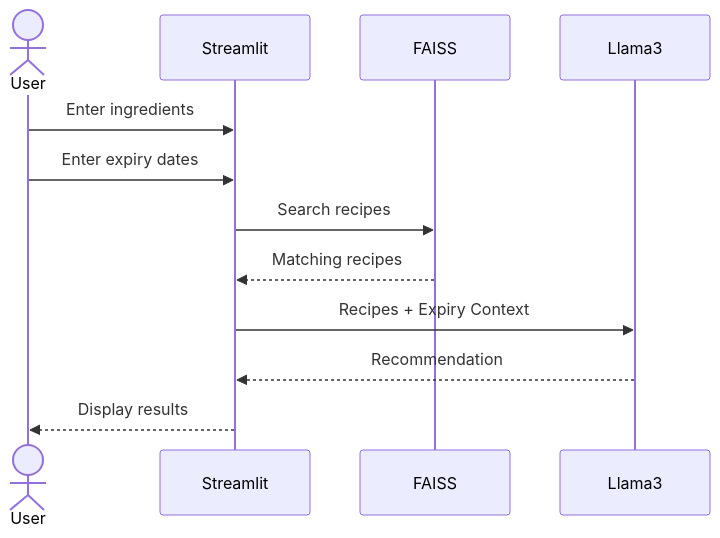
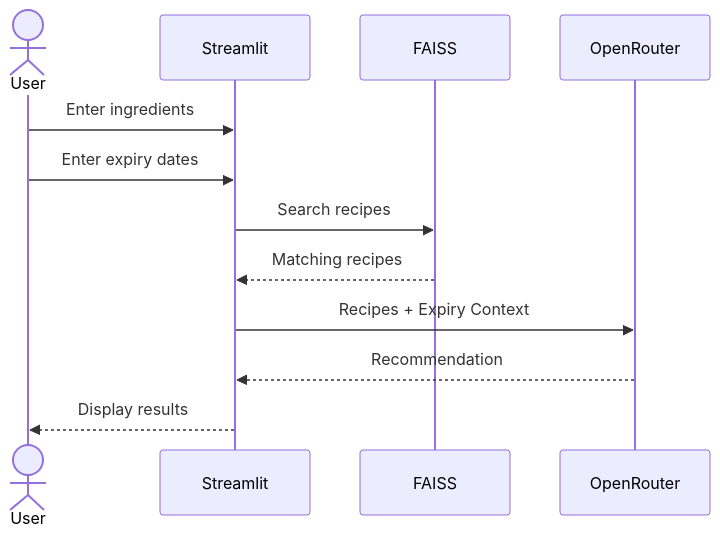
One commit to Manjot5698/PantryPilotAI changed the third of 3 diagrams in README.md. Above: the diagram before and after it, drawn with Mermaid. The commit also changed other lines of this file and 4 other files, not shown here.

````diff
--- a/README.md
+++ b/README.md
@@ -88,16 +88,16 @@
 ```mermaid
 sequenceDiagram
 
 actor User
 participant UI as Streamlit
 participant Retriever as FAISS
-participant LLM as Llama3
+participant LLM as OpenRouter
 
 User->>UI: Enter ingredients
 User->>UI: Enter expiry dates
 UI->>Retriever: Search recipes
 Retriever-->>UI: Matching recipes
 UI->>LLM: Recipes + Expiry Context
 LLM-->>UI: Recommendation
 UI-->>User: Display results
 ```
````
